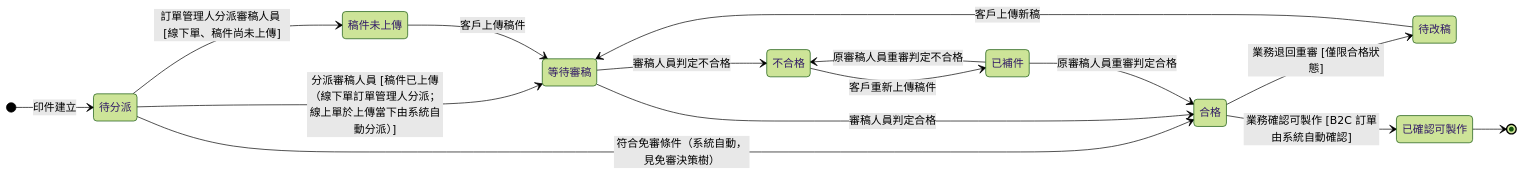
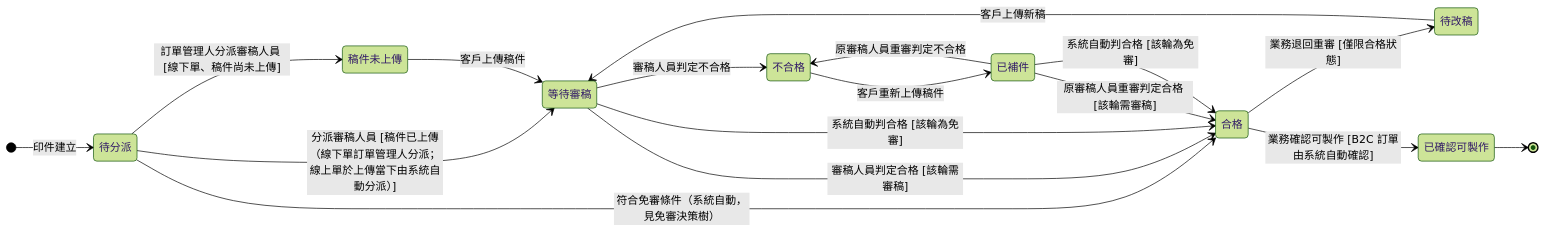
One commit to Kawato-Miles/erp-spec changed the first of 2 diagrams in memory/Sens_wiki/wiki/erp/06-state-machines/印件狀態.md. Above: the diagram before and after it, drawn with Mermaid (forest theme). The commit also changed other lines of this file and 9 other files, not shown here.

````diff
--- a/memory/Sens_wiki/wiki/erp/06-state-machines/印件狀態.md
+++ b/memory/Sens_wiki/wiki/erp/06-state-machines/印件狀態.md
@@ -68,30 +68,32 @@
 ```mermaid
 stateDiagram-v2
     direction LR
 
     [*] --> r_unassigned : 印件建立
 
     state "待分派" as r_unassigned
     state "稿件未上傳" as r_none
     state "等待審稿" as r_waiting
     state "不合格" as r_failed
     state "已補件" as r_resub
     state "合格" as r_passed
     state "待改稿" as r_revise
     state "已確認可製作" as r_confirmed
 
     r_unassigned --> r_none : 訂單管理人分派審稿人員 [線下單、稿件尚未上傳]
     r_unassigned --> r_waiting : 分派審稿人員 [稿件已上傳（線下單訂單管理人分派；線上單於上傳當下由系統自動分派）]
     r_unassigned --> r_passed : 符合免審條件（系統自動，見免審決策樹）
     r_none --> r_waiting : 客戶上傳稿件
-    r_waiting --> r_passed : 審稿人員判定合格
+    r_waiting --> r_passed : 審稿人員判定合格 [該輪需審稿]
+    r_waiting --> r_passed : 系統自動判合格 [該輪為免審]
     r_waiting --> r_failed : 審稿人員判定不合格
     r_failed --> r_resub : 客戶重新上傳稿件
-    r_resub --> r_passed : 原審稿人員重審判定合格
+    r_resub --> r_passed : 原審稿人員重審判定合格 [該輪需審稿]
+    r_resub --> r_passed : 系統自動判合格 [該輪為免審]
     r_resub --> r_failed : 原審稿人員重審判定不合格
     r_passed --> r_confirmed : 業務確認可製作 [B2C 訂單由系統自動確認]
     r_passed --> r_revise : 業務退回重審 [僅限合格狀態]
     r_revise --> r_waiting : 客戶上傳新稿
 
     r_confirmed --> [*]
 ```
````
